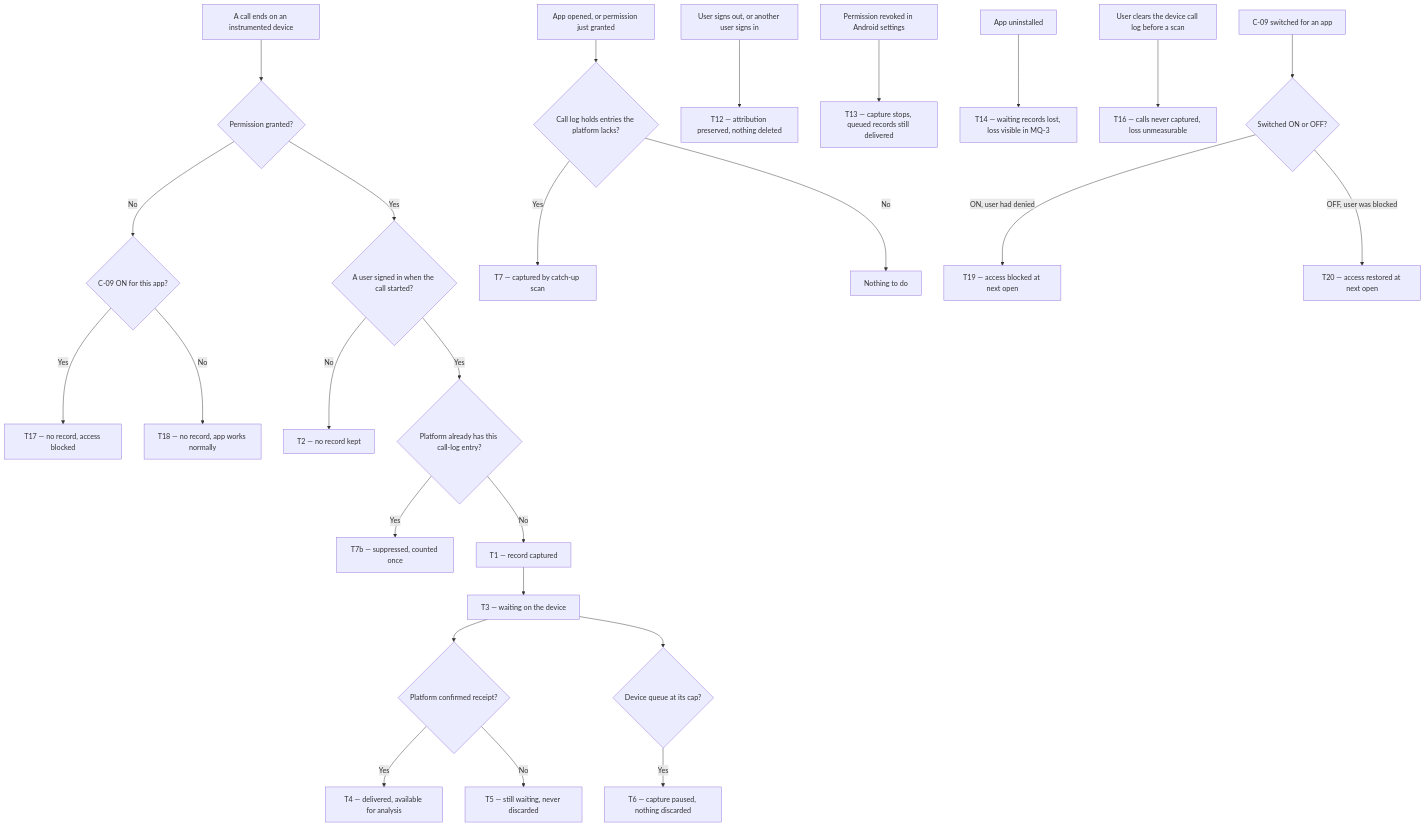
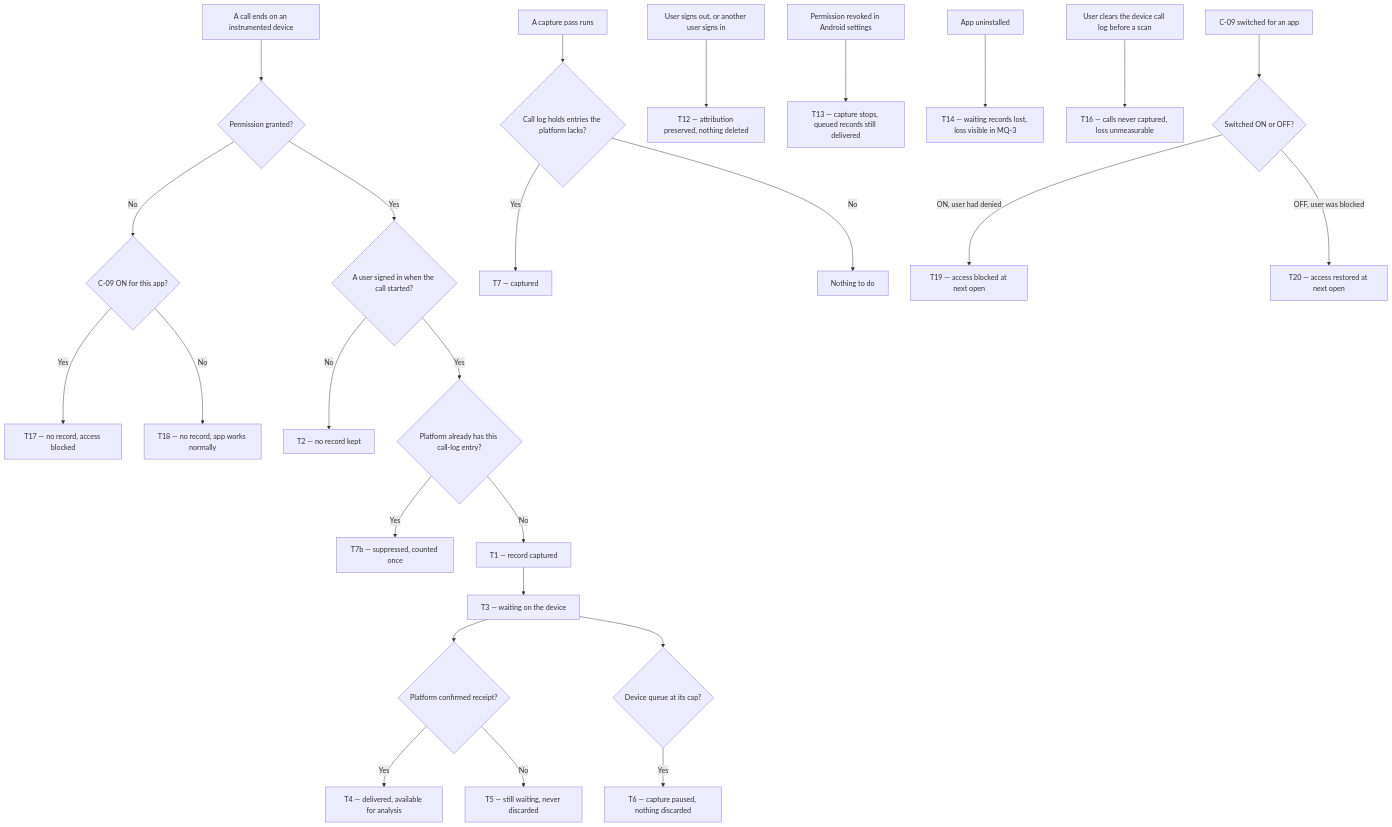
The diagram in Call_Logs_PRD.md (ashish-raj-wiom/partner-call-logs), drawn with Mermaid before and after one commit. The commit also changed other lines of this file and 1 other file, not shown here.

First line of the commit message:
Audit acceptance criteria for periodic, delta-only capture

````diff
--- a/Call_Logs_PRD.md
+++ b/Call_Logs_PRD.md
@@ -109,32 +109,32 @@
 ```mermaid
 flowchart TD
     A["A call ends on an instrumented device"] --> B{"Permission granted?"}
     B -- "No" --> B1{"C-09 ON for this app?"}
     B1 -- "Yes" --> B2["T17 — no record, access blocked"]
     B1 -- "No" --> B3["T18 — no record, app works normally"]
     B -- "Yes" --> D{"A user signed in when the call started?"}
     D -- "No" --> E["T2 — no record kept"]
     D -- "Yes" --> F{"Platform already has this call-log entry?"}
     F -- "Yes" --> G["T7b — suppressed, counted once"]
     F -- "No" --> H["T1 — record captured"]
 
     H --> I["T3 — waiting on the device"]
     I --> J{"Platform confirmed receipt?"}
     J -- "Yes" --> K["T4 — delivered, available for analysis"]
     J -- "No" --> L["T5 — still waiting, never discarded"]
     I --> M{"Device queue at its cap?"}
     M -- "Yes" --> N["T6 — capture paused, nothing discarded"]
 
-    O["App opened, or permission just granted"] --> P{"Call log holds entries the platform lacks?"}
-    P -- "Yes" --> Q["T7 — captured by catch-up scan"]
+    O["A capture pass runs"] --> P{"Call log holds entries the platform lacks?"}
+    P -- "Yes" --> Q["T7 — captured"]
     P -- "No" --> R["Nothing to do"]
 
     AA["User signs out, or another user signs in"] --> AB["T12 — attribution preserved, nothing deleted"]
     AC["Permission revoked in Android settings"] --> AD["T13 — capture stops, queued records still delivered"]
     AE["App uninstalled"] --> AF["T14 — waiting records lost, loss visible in MQ-3"]
     AG["User clears the device call log before a scan"] --> AH["T16 — calls never captured, loss unmeasurable"]
 
     AM["C-09 switched for an app"] --> AN{"Switched ON or OFF?"}
     AN -- "ON, user had denied" --> AO["T19 — access blocked at next open"]
     AN -- "OFF, user was blocked" --> AP["T20 — access restored at next open"]
 ```
````
